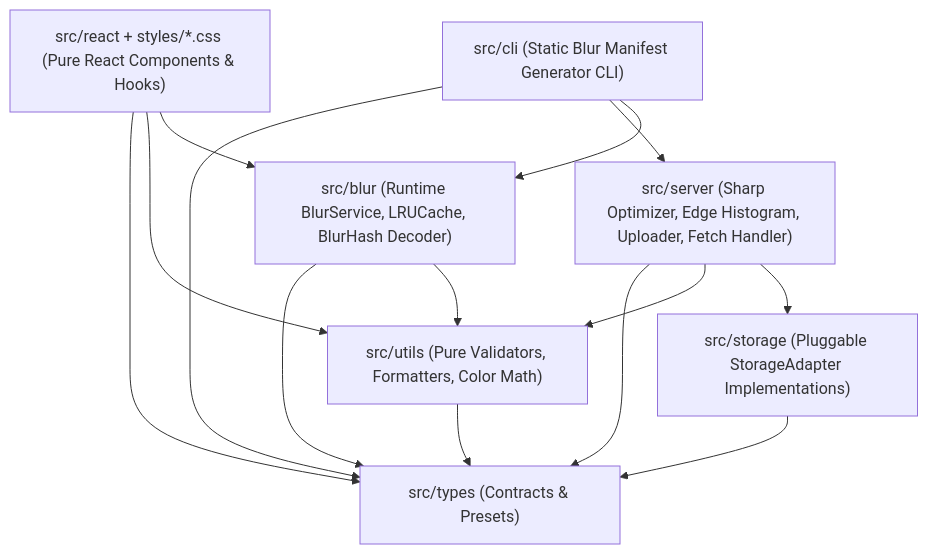
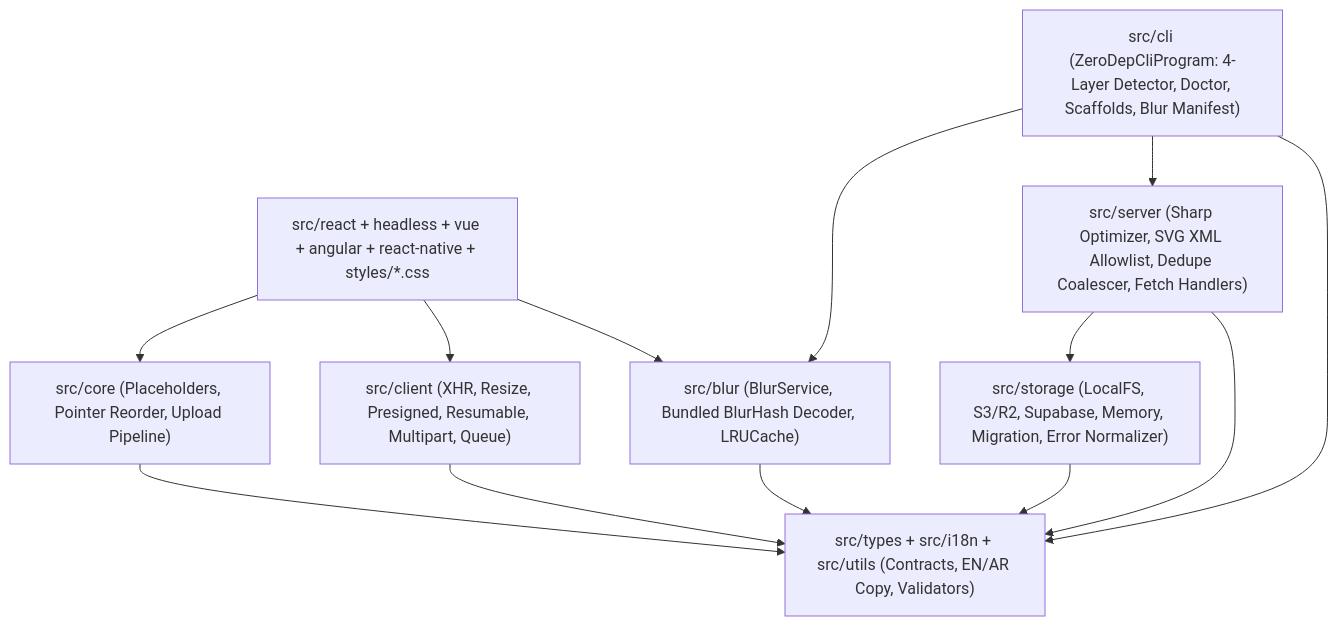
The diagram in docs/ARCHITECTURE.md (MoElsherbiny/image-upload-kit), drawn with Mermaid before and after one commit. The commit also changed other lines of this file and 13 other files, not shown here.

Commit message:
docs: sync all markdown guides, CLI docs, architecture, and test pyramid for v2.3

````diff
--- a/docs/ARCHITECTURE.md
+++ b/docs/ARCHITECTURE.md
@@ -7,24 +7,24 @@
 ```mermaid
 flowchart TD
-  Types["src/types (Contracts & Presets)"]
-  Utils["src/utils (Pure Validators, Formatters, Color Math)"]
-  Storage["src/storage (Pluggable StorageAdapter Implementations)"]
-  Blur["src/blur (Runtime BlurService, LRUCache, BlurHash Decoder)"]
-  Server["src/server (Sharp Optimizer, Edge Histogram, Uploader, Fetch Handler)"]
-  ReactUI["src/react + styles/*.css (Pure React Components & Hooks)"]
-  CLI["src/cli (Static Blur Manifest Generator CLI)"]
+  Types["src/types + src/i18n + src/utils (Contracts, EN/AR Copy, Validators)"]
+  Core["src/core (Placeholders, Pointer Reorder, Upload Pipeline)"]
+  Client["src/client (XHR, Resize, Presigned, Resumable, Multipart, Queue)"]
+  Storage["src/storage (LocalFS, S3/R2, Supabase, Memory, Migration, Error Normalizer)"]
+  Blur["src/blur (BlurService, Bundled BlurHash Decoder, LRUCache)"]
+  Server["src/server (Sharp Optimizer, SVG XML Allowlist, Dedupe Coalescer, Fetch Handlers)"]
+  UI["src/react + headless + vue + angular + react-native + styles/*.css"]
+  CLI["src/cli (ZeroDepCliProgram: 4-Layer Detector, Doctor, Scaffolds, Blur Manifest)"]
 
-  Utils --> Types
+  Core --> Types
+  Client --> Types
+  Blur --> Types
   Storage --> Types
-  Blur --> Types
-  Blur --> Utils
+  UI --> Core
+  UI --> Client
+  UI --> Blur
   Server --> Types
-  Server --> Utils
   Server --> Storage
-  ReactUI --> Types
-  ReactUI --> Utils
-  ReactUI --> Blur
   CLI --> Types
   CLI --> Server
   CLI --> Blur
 ```
````
